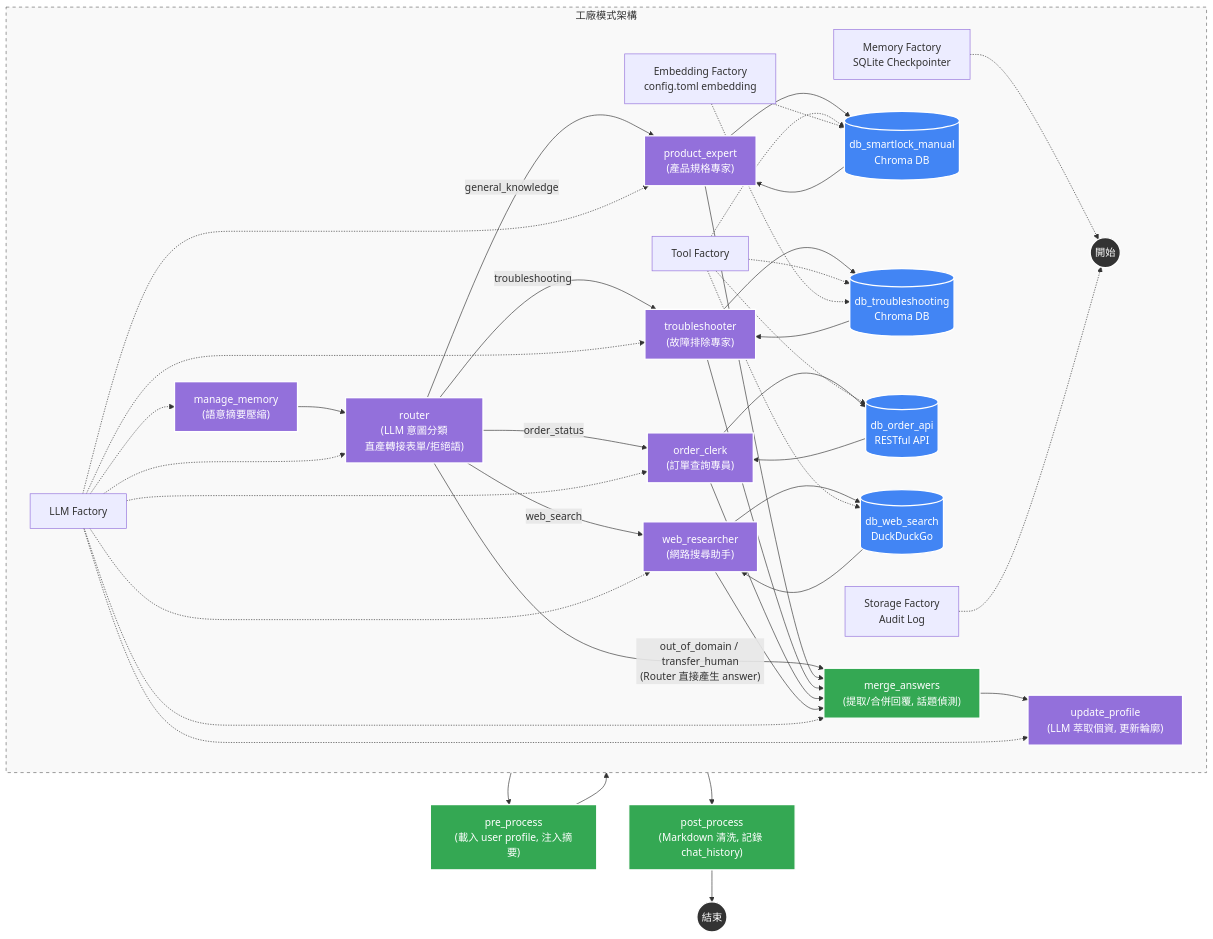
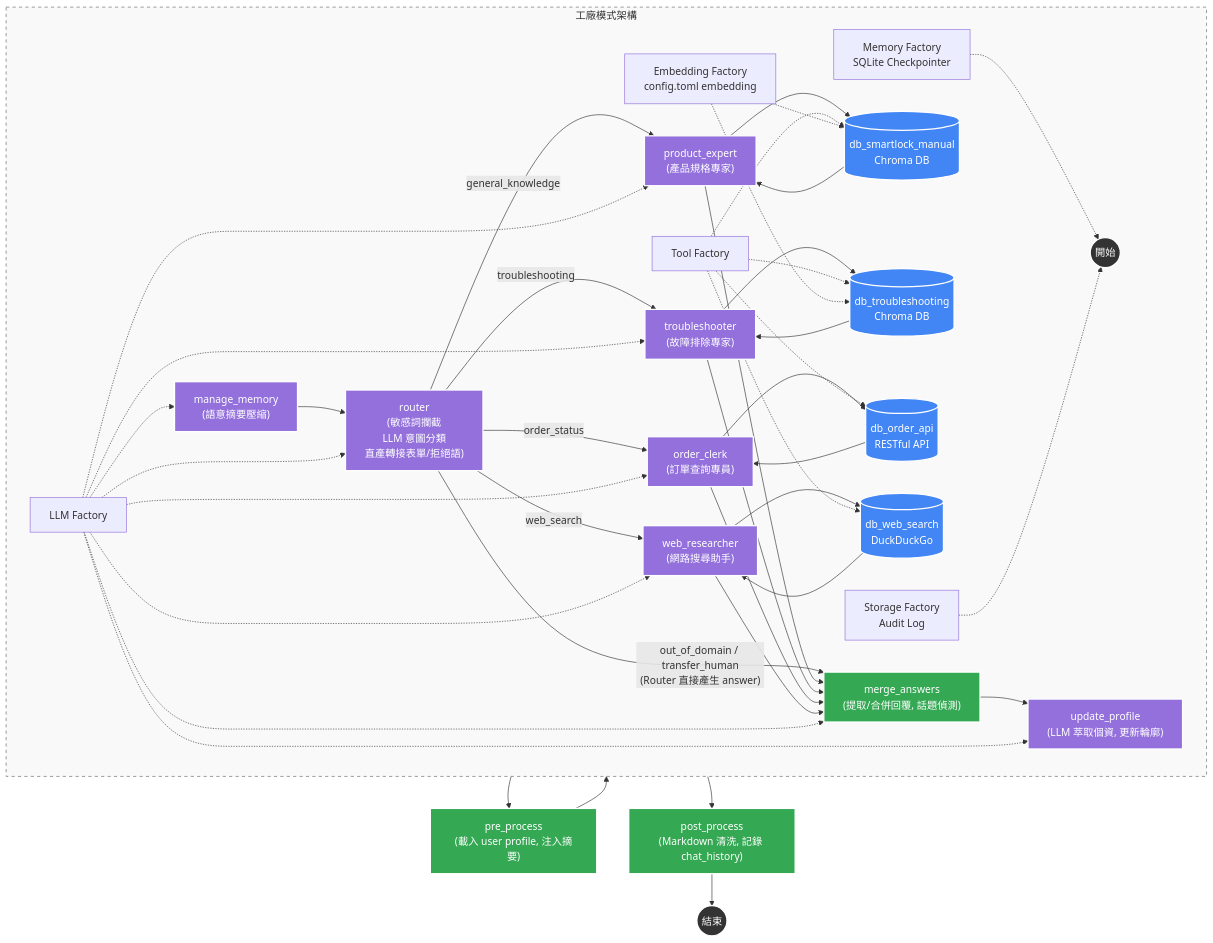
One commit to Imding1211/lock_AI_Agent changed the first of 5 diagrams in docs/manuals/系統架構與流程圖.md. Above: the diagram before and after it, drawn with Mermaid. The commit also changed 6 other files, not shown here.

````diff
--- a/docs/manuals/系統架構與流程圖.md
+++ b/docs/manuals/系統架構與流程圖.md
@@ -3,54 +3,54 @@
 ```mermaid
 graph TD
     %% 節點樣式定義
     classDef startEnd fill:#333,stroke:#fff,stroke-width:2px,color:#fff;
     classDef llmNode fill:#9370DB,stroke:#fff,stroke-width:2px,color:#fff;
     classDef decision fill:#ff9900,stroke:#333,stroke-width:2px;
     classDef dbNode fill:#4285f4,stroke:#fff,stroke-width:2px,color:#fff;
     classDef actionNode fill:#34a853,stroke:#fff,stroke-width:2px,color:#fff;
     classDef note fill:#f9f9f9,stroke:#666,stroke-dasharray: 5 5;
 
     %% 核心流程
     START((開始)):::startEnd --> pre_process["pre_process<br/>(載入 user profile, 注入摘要)"]:::actionNode
     pre_process --> manage_memory["manage_memory<br/>(語意摘要壓縮)"]:::llmNode
-    manage_memory --> router["router<br/>(LLM 意圖分類<br/>直產轉接表單/拒絕語)"]:::llmNode
+    manage_memory --> router["router<br/>(敏感詞攔截<br/>LLM 意圖分類<br/>直產轉接表單/拒絕語)"]:::llmNode
 
     %% 意圖分流（Send() fan-out，多意圖可平行派發）
     router -- "general_knowledge" --> PE["product_expert<br/>(產品規格專家)"]:::llmNode
     router -- "troubleshooting" --> TS["troubleshooter<br/>(故障排除專家)"]:::llmNode
     router -- "order_status" --> OC["order_clerk<br/>(訂單查詢專員)"]:::llmNode
     router -- "web_search" --> WR["web_researcher<br/>(網路搜尋助手)"]:::llmNode
     router -- "out_of_domain / transfer_human<br/>(Router 直接產生 answer)" --> merge_answers
 
     %% Agent 子圖（agent_llm ↔ tool_node 迴圈）
     PE --> PE_TOOL[("db_smartlock_manual<br/>Chroma DB")]:::dbNode
     TS --> TS_TOOL[("db_troubleshooting<br/>Chroma DB")]:::dbNode
     OC --> OC_TOOL[("db_order_api<br/>RESTful API")]:::dbNode
     WR --> WR_TOOL[("db_web_search<br/>DuckDuckGo")]:::dbNode
 
     PE_TOOL --> PE
     TS_TOOL --> TS
     OC_TOOL --> OC
     WR_TOOL --> WR
 
     %% 匯流
     PE --> merge_answers["merge_answers<br/>(提取/合併回覆, 話題偵測)"]:::actionNode
     TS --> merge_answers
     OC --> merge_answers
     WR --> merge_answers
     merge_answers --> update_profile["update_profile<br/>(LLM 萃取個資, 更新輪廓)"]:::llmNode
     update_profile --> post_process["post_process<br/>(Markdown 清洗, 記錄 chat_history)"]:::actionNode
     post_process --> END((結束)):::startEnd
 
     %% 底層支援
     subgraph Support_Layer [工廠模式架構]
         direction LR
         f1[LLM Factory] -.-> manage_memory & router & PE & TS & OC & WR & merge_answers & update_profile
         f2[Memory Factory<br/>SQLite Checkpointer] -.-> START
         f3[Tool Factory] -.-> PE_TOOL & TS_TOOL & OC_TOOL & WR_TOOL
         f4[Storage Factory<br/>Audit Log] -.-> START
         f5[Embedding Factory<br/>config.toml embedding] -.-> PE_TOOL & TS_TOOL
     end
     class Support_Layer note
 
 ```
````
